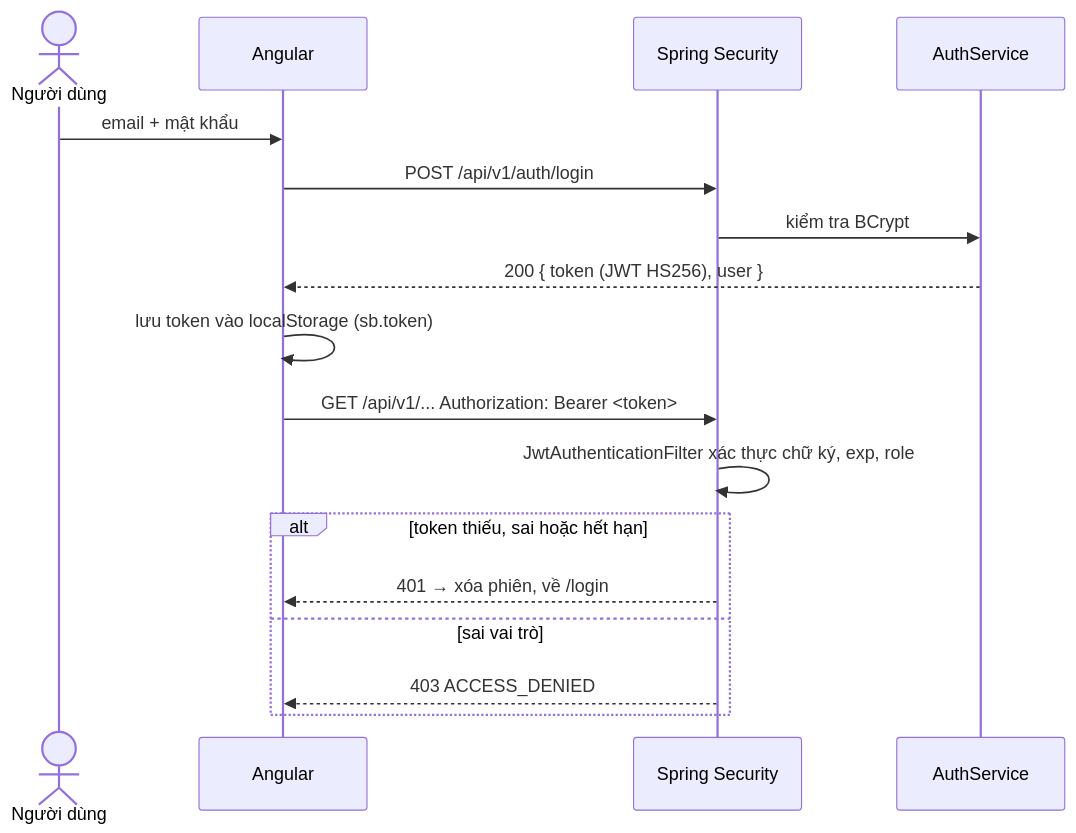
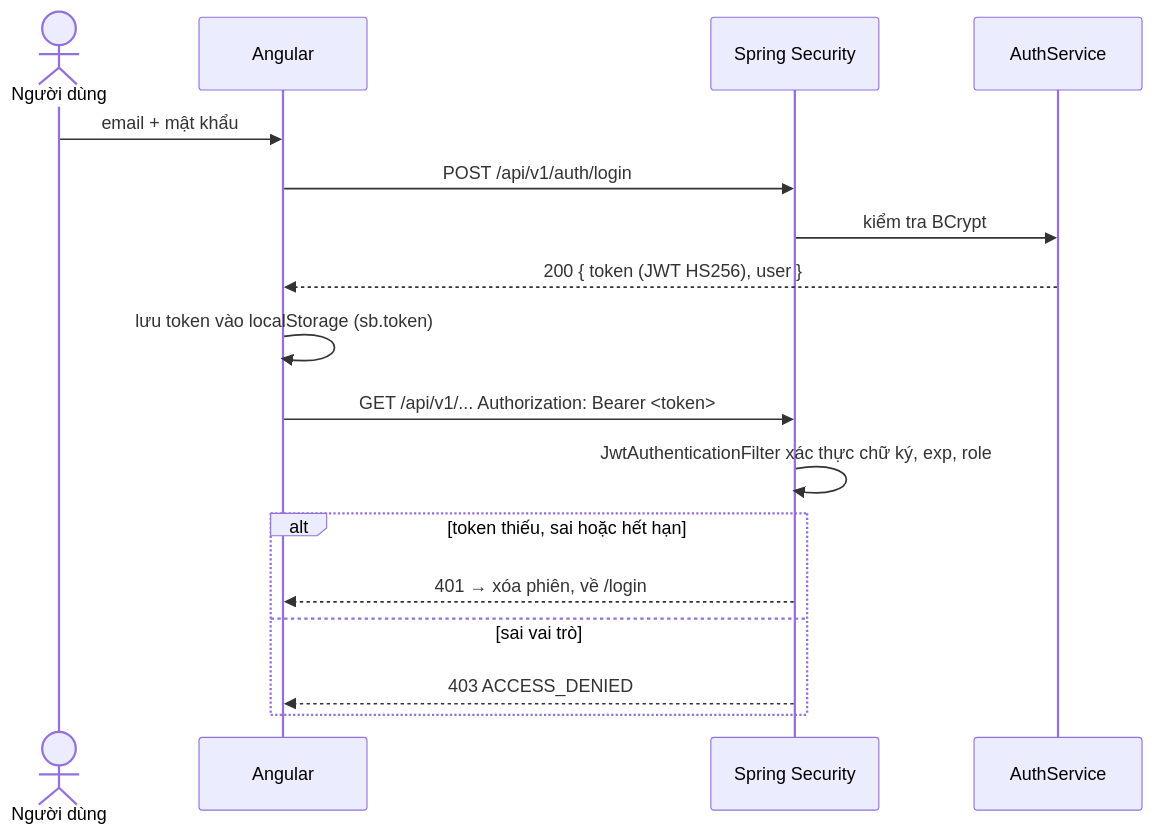
Before and after one commit to Kaytapcode/Space_Booking: the ninth of 11 diagrams in README.md, drawn with Mermaid. The commit also changed other lines of this file, not shown here.

Commit message:
Fix Readme mermaid bugs

````diff
--- a/README.md
+++ b/README.md
@@ -381,20 +381,20 @@
 ```mermaid
 sequenceDiagram
     actor U as Người dùng
     participant FE as Angular
     participant API as Spring Security
     participant AS as AuthService
 
     U->>FE: email + mật khẩu
     FE->>API: POST /api/v1/auth/login
     API->>AS: kiểm tra BCrypt
     AS-->>FE: 200 { token (JWT HS256), user }
     FE->>FE: lưu token vào localStorage (sb.token)
-    FE->>API: GET /api/v1/... Authorization: Bearer <token>
+    FE->>API: GET /api/v1/... Authorization: Bearer #lt;token#gt;
     API->>API: JwtAuthenticationFilter xác thực chữ ký, exp, role
     alt token thiếu, sai hoặc hết hạn
         API-->>FE: 401 → xóa phiên, về /login
     else sai vai trò
         API-->>FE: 403 ACCESS_DENIED
     end
 ```
````
